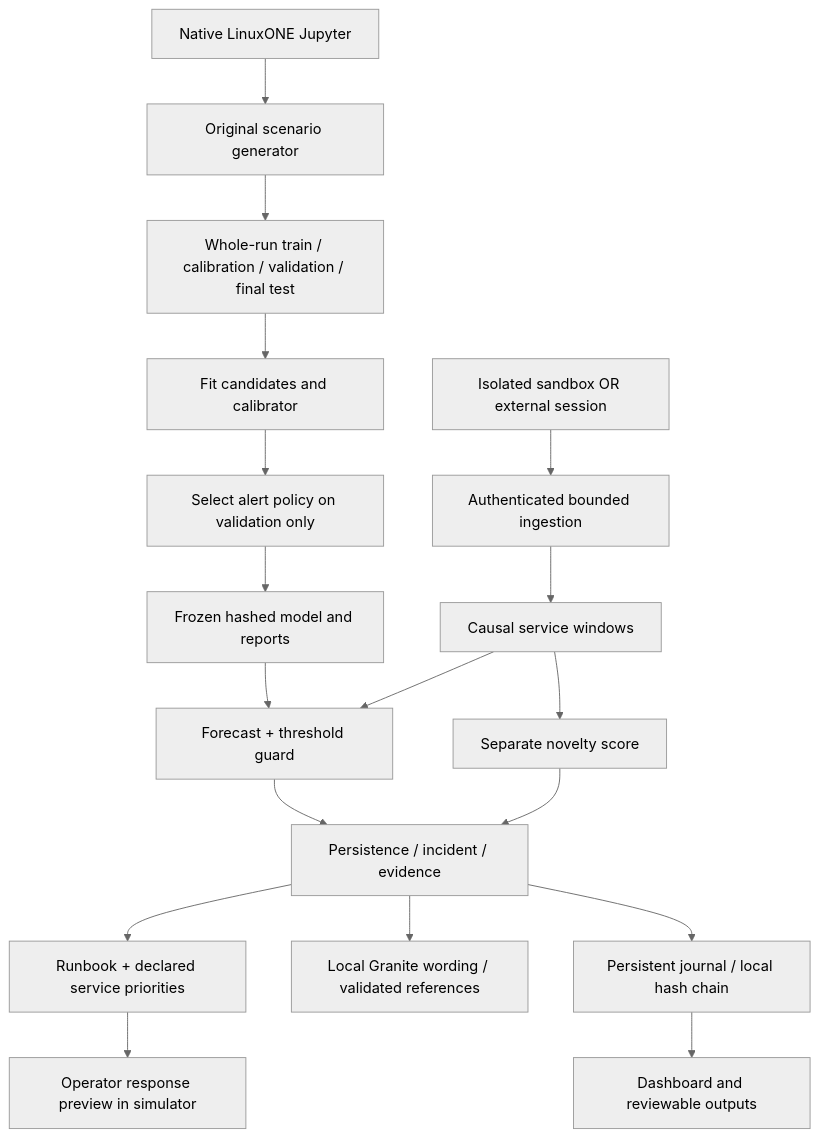
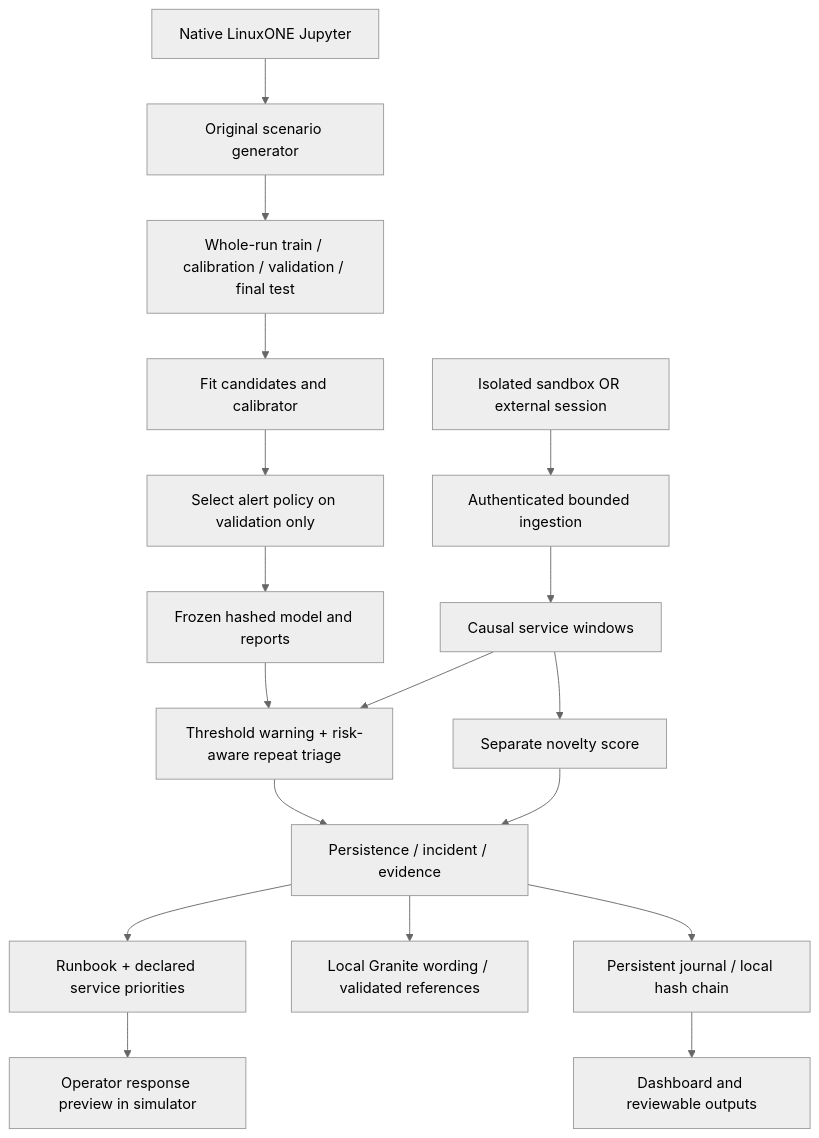
Before and after one commit to ANBU-SELVAN-1907/RASCALS-IBM-DATATHON: the diagram in SUMMARY.md, drawn with Mermaid (neutral theme). The commit also changed other lines of this file and 108 other files, not shown here.

Commit message:
Preserve first warnings and apply native ML to repeat notification triage

````diff
--- a/SUMMARY.md
+++ b/SUMMARY.md
@@ -49,20 +49,20 @@
 ```mermaid
 flowchart TD
   A[Native LinuxONE Jupyter] --> B[Original scenario generator]
   B --> C[Whole-run train / calibration / validation / final test]
   C --> D[Fit candidates and calibrator]
   D --> E[Select alert policy on validation only]
   E --> F[Frozen hashed model and reports]
   S[Isolated sandbox OR external session] --> Q[Authenticated bounded ingestion]
   Q --> W[Causal service windows]
-  F --> P[Forecast + threshold guard]
+  F --> P[Threshold warning + risk-aware repeat triage]
   W --> P
   W --> N[Separate novelty score]
   P --> I[Persistence / incident / evidence]
   N --> I
   I --> R[Runbook + declared service priorities]
   I --> G[Local Granite wording / validated references]
   R --> X[Operator response preview in simulator]
   I --> J[Persistent journal / local hash chain]
   J --> V[Dashboard and reviewable outputs]
 ```
````
